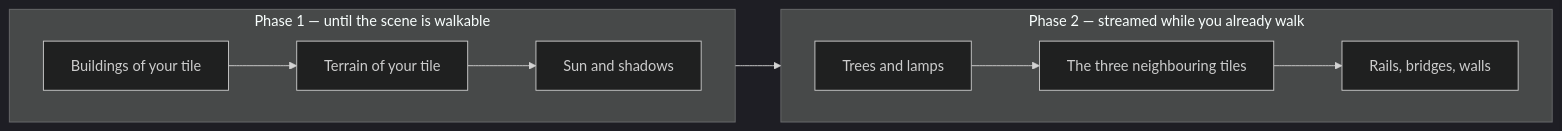
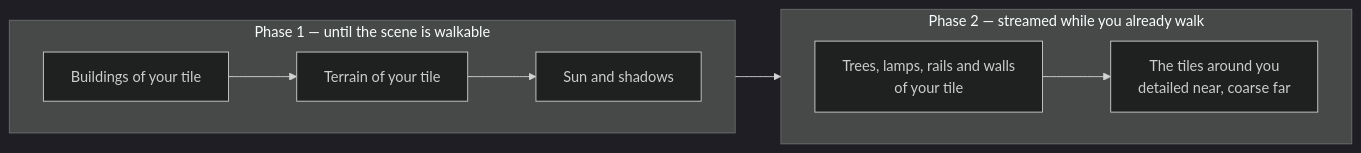
Before and after one commit to mdugue/bridge: the second of 2 diagrams in docs/guide/en/how-it-works.md, drawn with Mermaid (dark theme). The commit also changed other lines of this file and 9 other files, not shown here.

````diff
--- a/docs/guide/en/how-it-works.md
+++ b/docs/guide/en/how-it-works.md
@@ -68,12 +73,12 @@
 ```mermaid
 flowchart LR
   subgraph P1["Phase 1 — until the scene is walkable"]
     direction LR
     a["Buildings of your tile"] --> b["Terrain of your tile"] --> c["Sun and shadows"]
   end
   subgraph P2["Phase 2 — streamed while you already walk"]
     direction LR
-    d["Trees and lamps"] --> e["The three neighbouring tiles"] --> f["Rails, bridges, walls"]
+    d["Trees, lamps, rails and walls<br/>of your tile"] --> e["The tiles around you<br/>detailed near, coarse far"]
   end
   P1 --> P2
 ```
````
